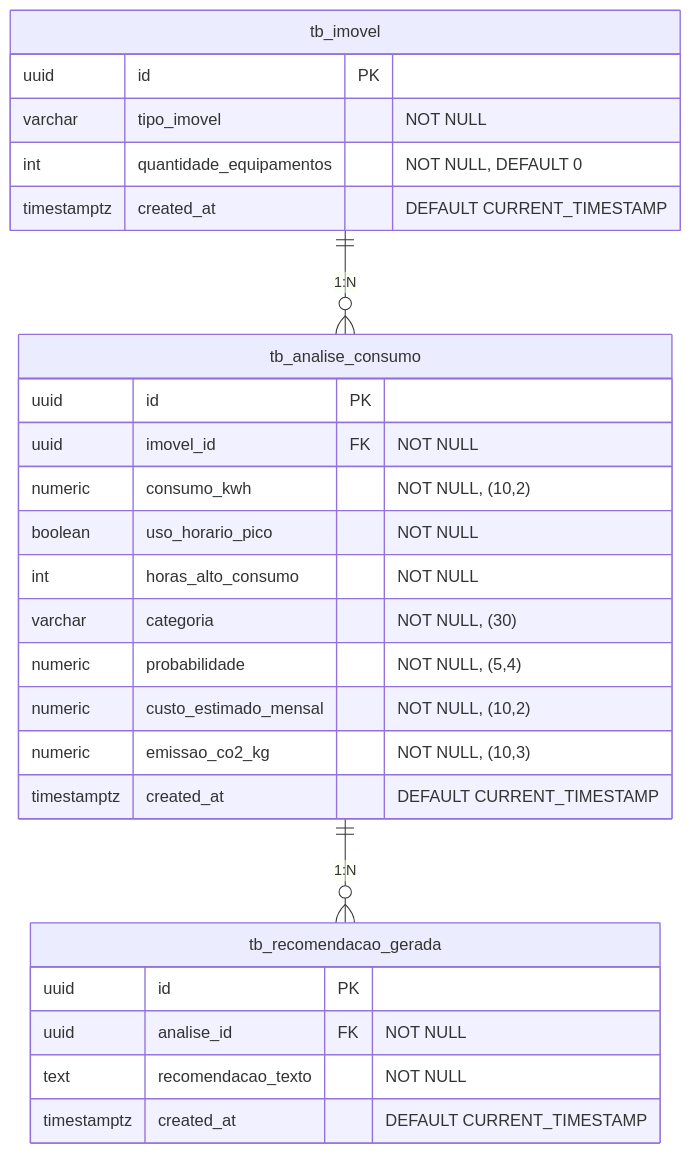
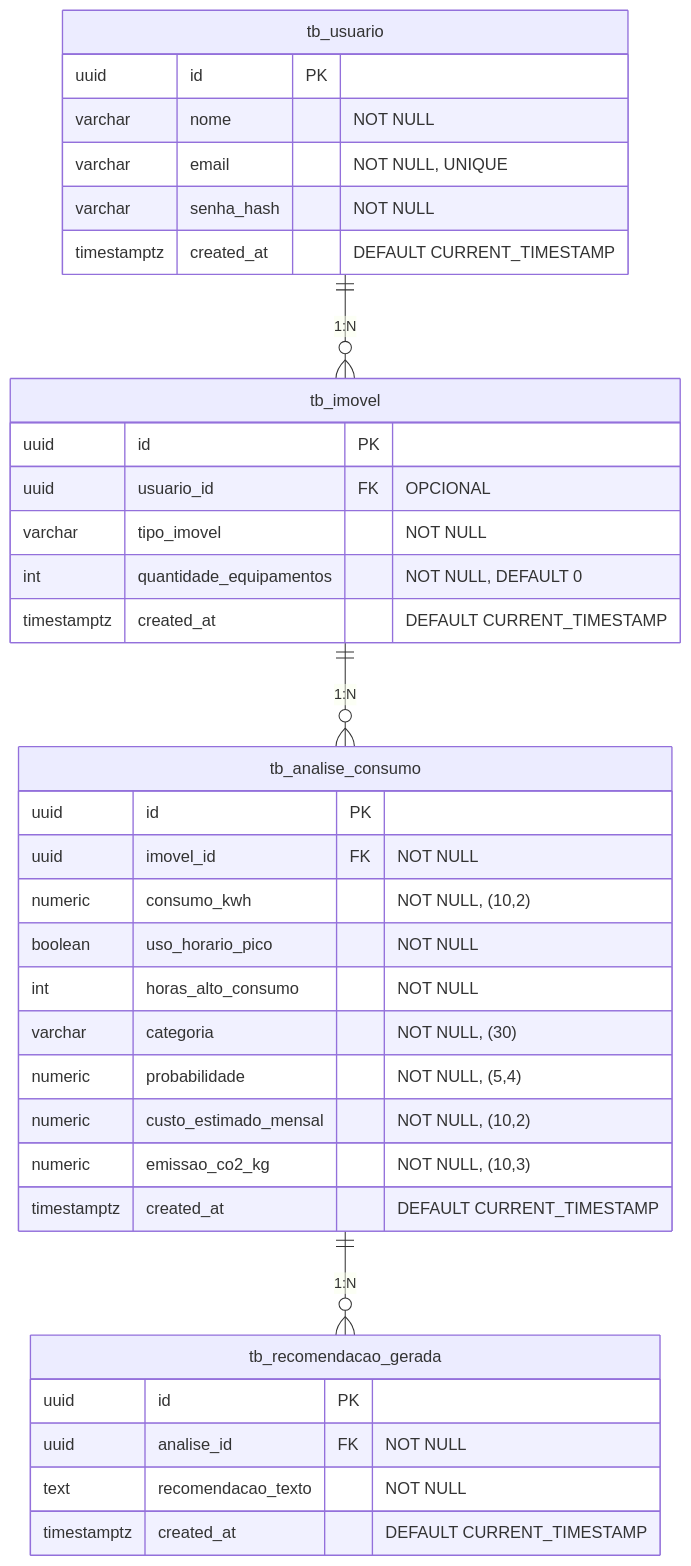
The diagram in docs/database.md (DessimA/gambia), drawn with Mermaid before and after one commit. The commit also changed other lines of this file and 9 other files, not shown here.

````diff
--- a/docs/database.md
+++ b/docs/database.md
@@ -12,32 +12,42 @@
 ```mermaid
 erDiagram
+    tb_usuario {
+        uuid id PK
+        varchar nome "NOT NULL"
+        varchar email "NOT NULL, UNIQUE"
+        varchar senha_hash "NOT NULL"
+        timestamptz created_at "DEFAULT CURRENT_TIMESTAMP"
+    }
+
     tb_imovel {
         uuid id PK
+        uuid usuario_id FK "OPCIONAL"
         varchar tipo_imovel "NOT NULL"
         int quantidade_equipamentos "NOT NULL, DEFAULT 0"
         timestamptz created_at "DEFAULT CURRENT_TIMESTAMP"
     }
 
     tb_analise_consumo {
         uuid id PK
         uuid imovel_id FK "NOT NULL"
         numeric consumo_kwh "NOT NULL, (10,2)"
         boolean uso_horario_pico "NOT NULL"
         int horas_alto_consumo "NOT NULL"
         varchar categoria "NOT NULL, (30)"
         numeric probabilidade "NOT NULL, (5,4)"
         numeric custo_estimado_mensal "NOT NULL, (10,2)"
         numeric emissao_co2_kg "NOT NULL, (10,3)"
         timestamptz created_at "DEFAULT CURRENT_TIMESTAMP"
     }
 
     tb_recomendacao_gerada {
         uuid id PK
         uuid analise_id FK "NOT NULL"
         text recomendacao_texto "NOT NULL"
         timestamptz created_at "DEFAULT CURRENT_TIMESTAMP"
     }
 
+    tb_usuario ||--o{ tb_imovel : "1:N"
     tb_imovel ||--o{ tb_analise_consumo : "1:N"
     tb_analise_consumo ||--o{ tb_recomendacao_gerada : "1:N"
 ```
````
